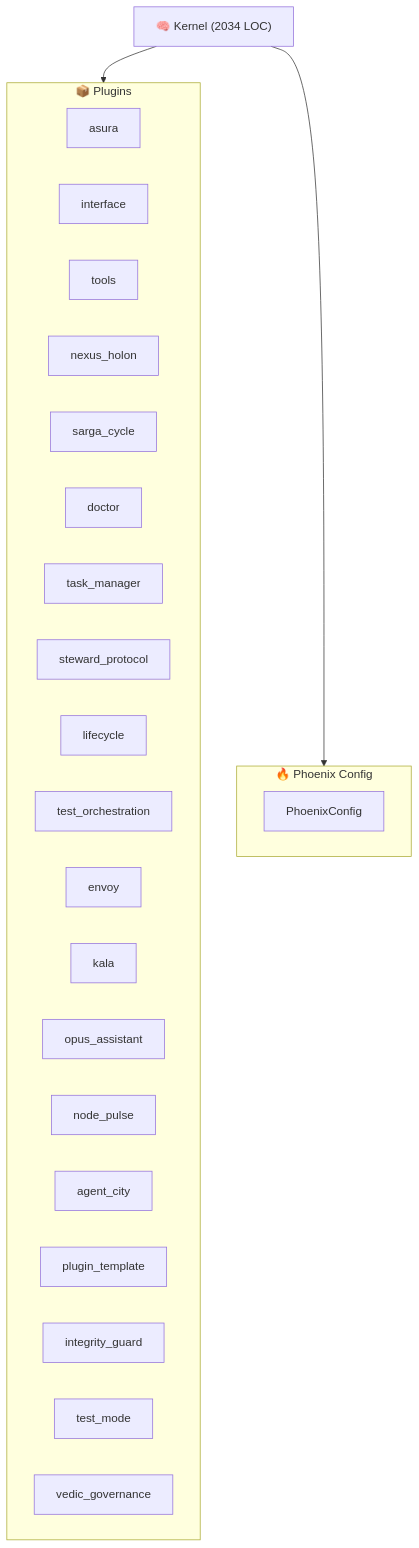
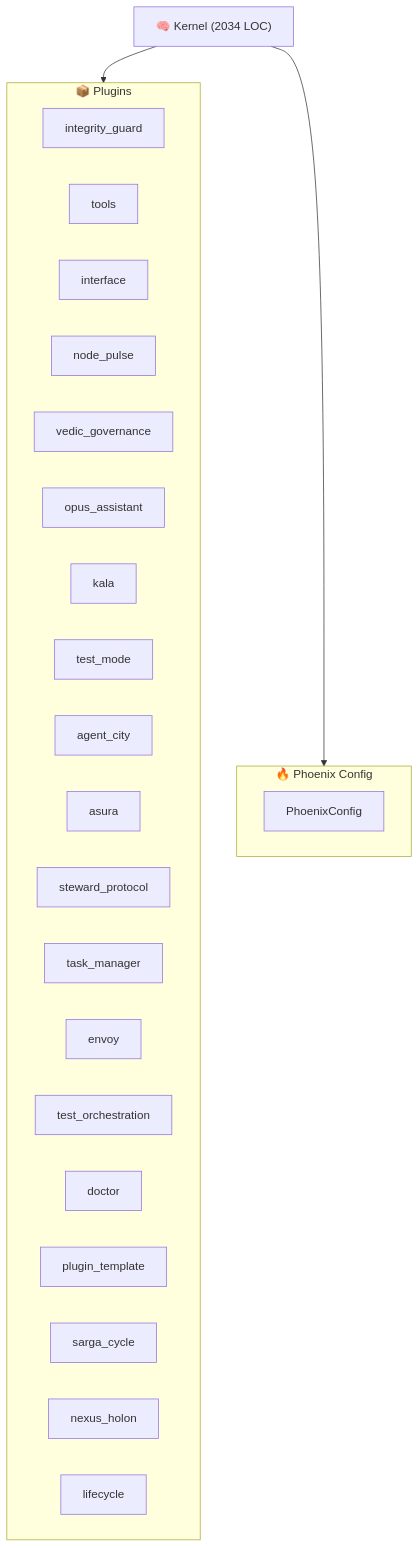
One commit to kimeisele/steward-protocol changed the diagram in ARCHITECTURE.md. Above: the diagram before and after it, drawn with Mermaid. The commit also changed other lines of this file and 16 other files, not shown here.

````diff
--- a/ARCHITECTURE.md
+++ b/ARCHITECTURE.md
@@ -8,30 +8,30 @@
 ```mermaid
 graph TB
     K["🧠 Kernel (2034 LOC)"]
     subgraph Plugins["📦 Plugins"]
+        P_integrity_guard["integrity_guard"]
+        P_tools["tools"]
+        P_interface["interface"]
+        P_node_pulse["node_pulse"]
+        P_vedic_governance["vedic_governance"]
+        P_opus_assistant["opus_assistant"]
+        P_kala["kala"]
+        P_test_mode["test_mode"]
+        P_agent_city["agent_city"]
         P_asura["asura"]
-        P_interface["interface"]
-        P_tools["tools"]
+        P_steward_protocol["steward_protocol"]
+        P_task_manager["task_manager"]
+        P_envoy["envoy"]
+        P_test_orchestration["test_orchestration"]
+        P_doctor["doctor"]
+        P_plugin_template["plugin_template"]
+        P_sarga_cycle["sarga_cycle"]
         P_nexus_holon["nexus_holon"]
-        P_sarga_cycle["sarga_cycle"]
-        P_doctor["doctor"]
-        P_task_manager["task_manager"]
-        P_steward_protocol["steward_protocol"]
         P_lifecycle["lifecycle"]
-        P_test_orchestration["test_orchestration"]
-        P_envoy["envoy"]
-        P_kala["kala"]
-        P_opus_assistant["opus_assistant"]
-        P_node_pulse["node_pulse"]
-        P_agent_city["agent_city"]
-        P_plugin_template["plugin_template"]
-        P_integrity_guard["integrity_guard"]
-        P_test_mode["test_mode"]
-        P_vedic_governance["vedic_governance"]
     end
     K --> Plugins
     subgraph Config["🔥 Phoenix Config"]
         PC[PhoenixConfig]
     end
     K --> Config
 ```
````
